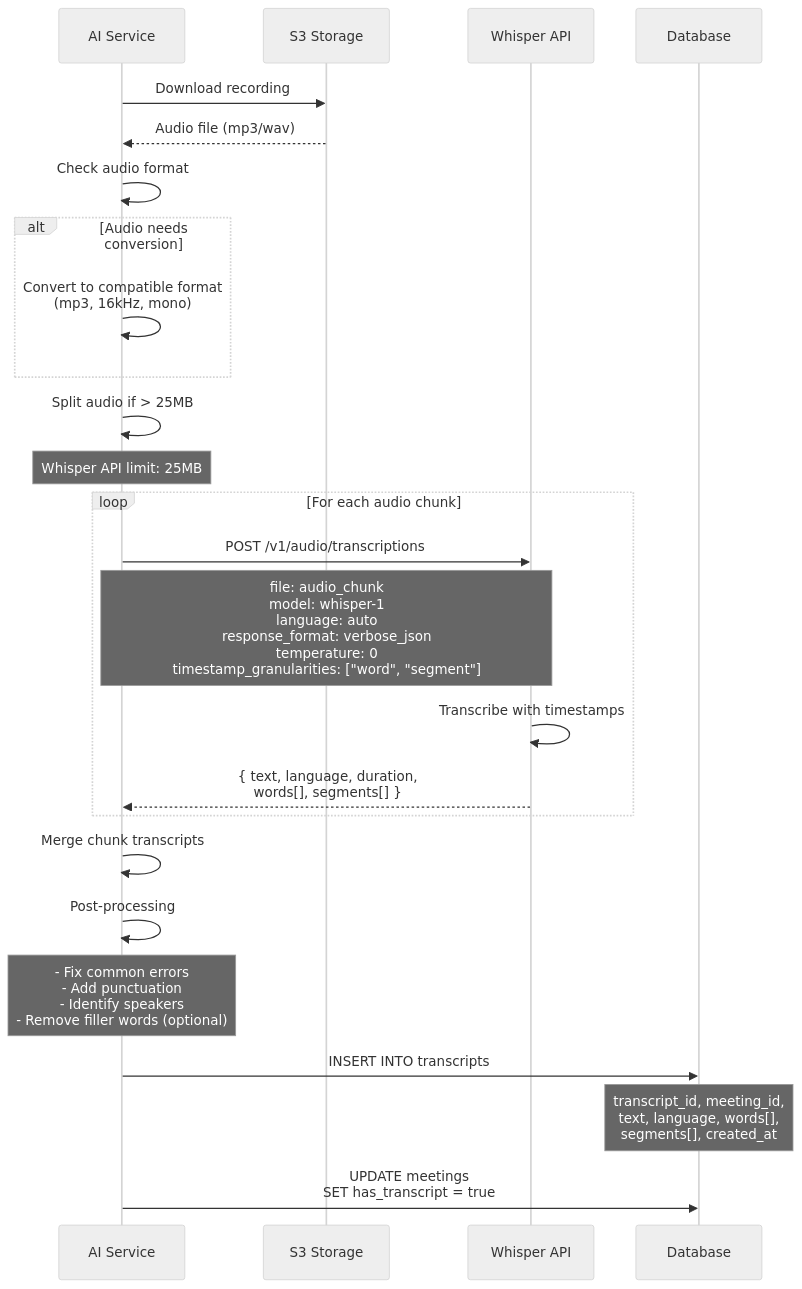
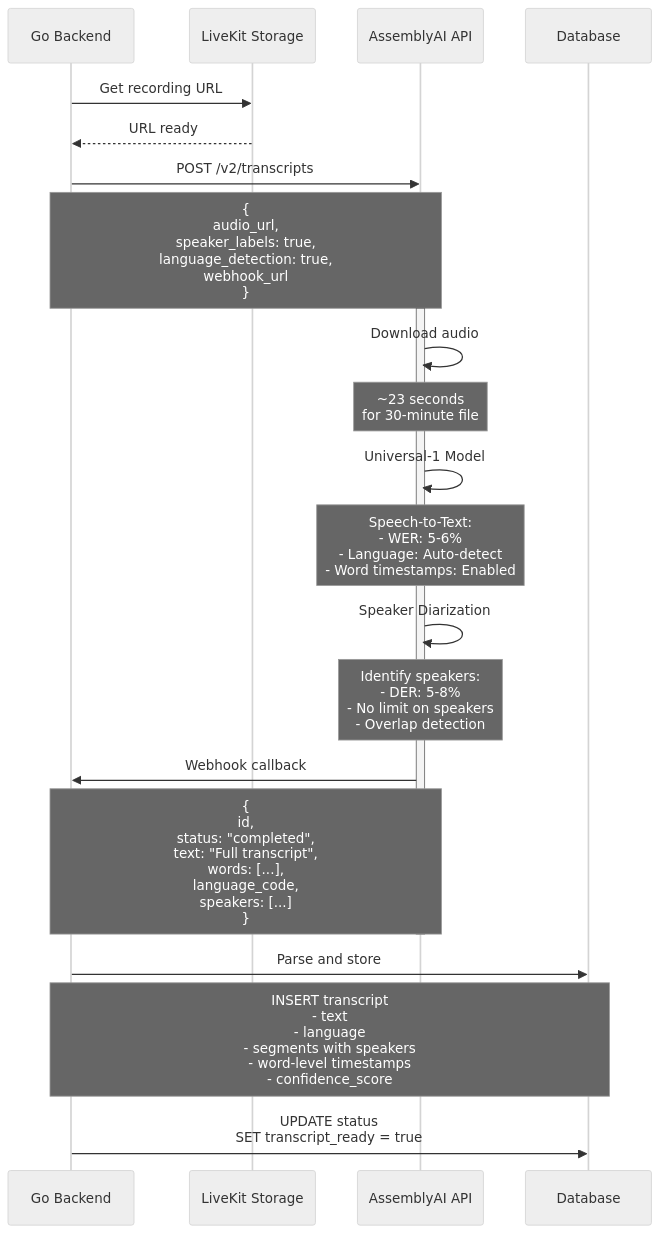
Before and after one commit to meeting-assistant-team/meeting-assistant: the second of 6 diagrams in docs/04-ai-analysis-flow.md, drawn with Mermaid (neutral theme). The commit also changed other lines of this file and 17 other files, not shown here.

````diff
--- a/docs/04-ai-analysis-flow.md
+++ b/docs/04-ai-analysis-flow.md
@@ -94,35 +182,32 @@
 ```mermaid
 sequenceDiagram
-    participant AI as AI Service
-    participant S3 as S3 Storage
-    participant W as Whisper API
+    participant GB as Go Backend
+    participant S3 as LiveKit Storage
+    participant ASM as AssemblyAI API
     participant DB as Database
     
-    AI->>S3: Download recording
-    S3-->>AI: Audio file (mp3/wav)
+    GB->>S3: Get recording URL
+    S3-->>GB: URL ready
     
-    AI->>AI: Check audio format
-    alt Audio needs conversion
-        AI->>AI: Convert to compatible format<br/>(mp3, 16kHz, mono)
-    end
+    GB->>ASM: POST /v2/transcripts
+    Note over GB,ASM: {<br/>  audio_url,<br/>  speaker_labels: true,<br/>  language_detection: true,<br/>  webhook_url<br/>}
     
-    AI->>AI: Split audio if > 25MB
-    Note over AI: Whisper API limit: 25MB
+    activate ASM
+    ASM->>ASM: Download audio
+    Note over ASM: ~23 seconds<br/>for 30-minute file
     
-    loop For each audio chunk
-        AI->>W: POST /v1/audio/transcriptions
-        Note over AI,W: file: audio_chunk<br/>model: whisper-1<br/>language: auto<br/>response_format: verbose_json<br/>temperature: 0<br/>timestamp_granularities: ["word", "segment"]
-        
-        W->>W: Transcribe with timestamps
-        W-->>AI: { text, language, duration,<br/>words[], segments[] }
-    end
+    ASM->>ASM: Universal-1 Model
+    Note over ASM: Speech-to-Text:<br/>- WER: 5-6%<br/>- Language: Auto-detect<br/>- Word timestamps: Enabled
     
-    AI->>AI: Merge chunk transcripts
-    AI->>AI: Post-processing
-    Note over AI: - Fix common errors<br/>- Add punctuation<br/>- Identify speakers<br/>- Remove filler words (optional)
+    ASM->>ASM: Speaker Diarization
+    Note over ASM: Identify speakers:<br/>- DER: 5-8%<br/>- No limit on speakers<br/>- Overlap detection
     
-    AI->>DB: INSERT INTO transcripts
-    Note over DB: transcript_id, meeting_id,<br/>text, language, words[],<br/>segments[], created_at
+    ASM->>GB: Webhook callback
+    Note over ASM,GB: {<br/>  id,<br/>  status: "completed",<br/>  text: "Full transcript",<br/>  words: [...],<br/>  language_code,<br/>  speakers: [...]<br/>}
+    deactivate ASM
     
-    AI->>DB: UPDATE meetings<br/>SET has_transcript = true
+    GB->>DB: Parse and store
+    Note over GB,DB: INSERT transcript<br/>- text<br/>- language<br/>- segments with speakers<br/>- word-level timestamps<br/>- confidence_score
+    
+    GB->>DB: UPDATE status<br/>SET transcript_ready = true
 ```
````
